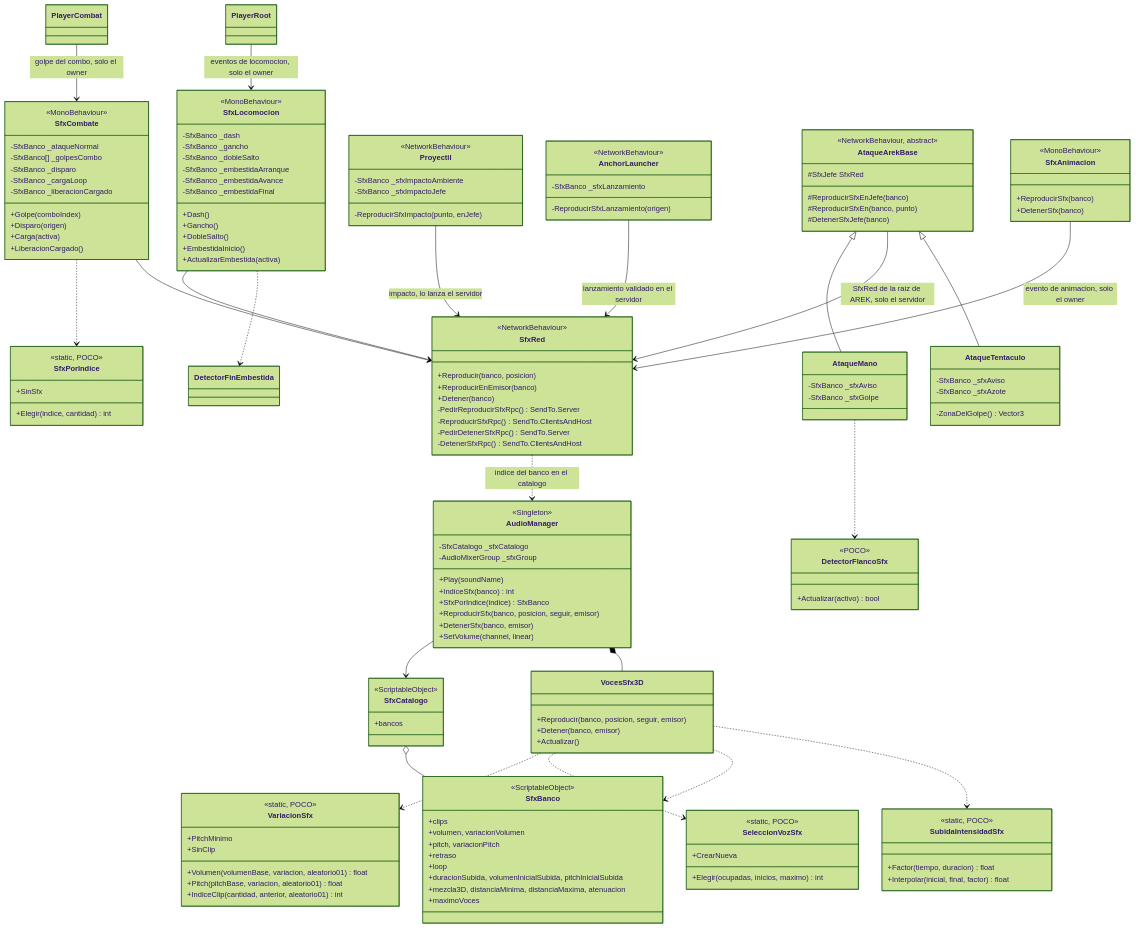
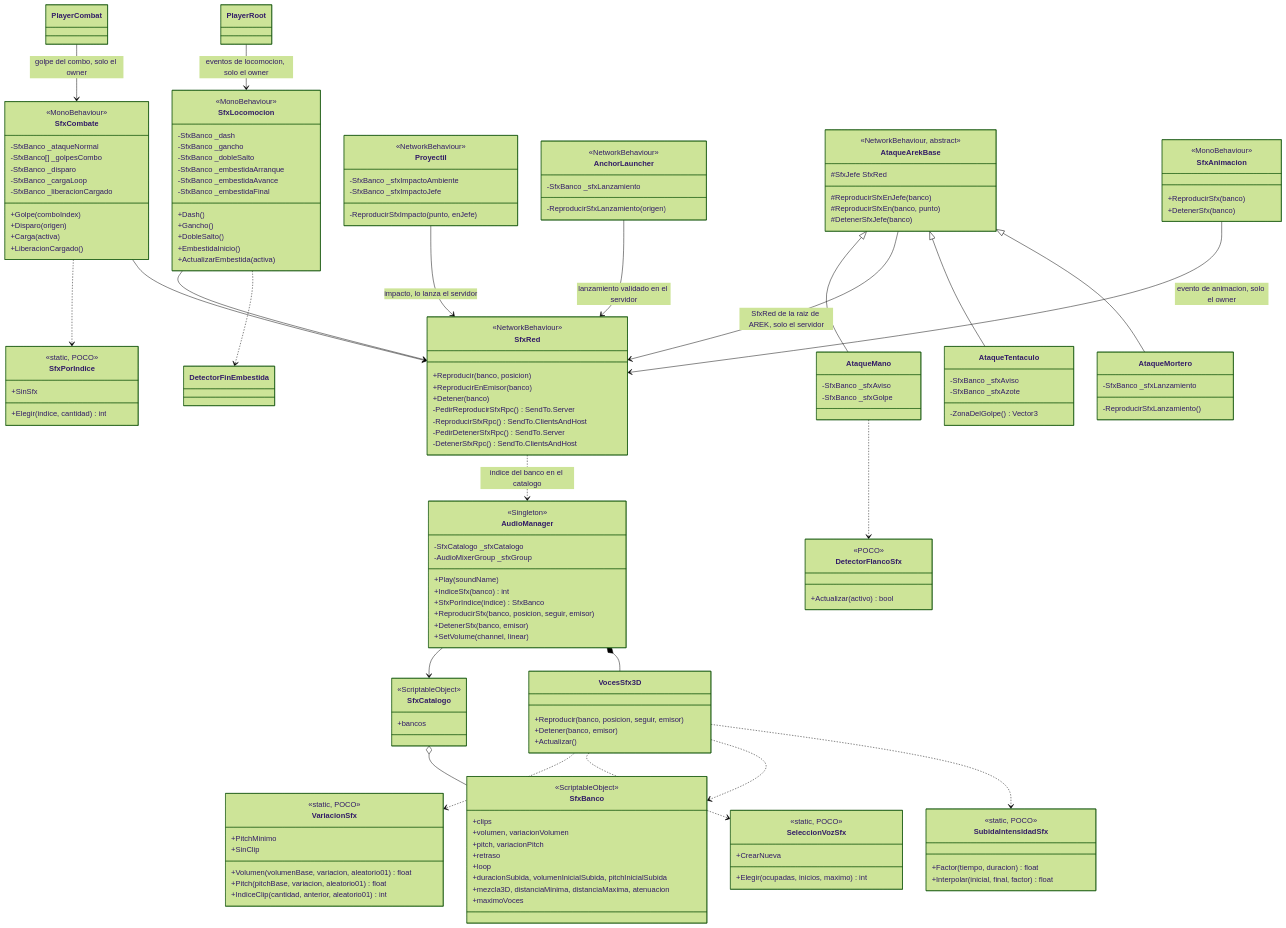
One commit to VicBojoDev10/DeathOfMeaningRepo changed the diagram in docs/diagrams/audio.mermaid. Above: the diagram before and after it, drawn with Mermaid (forest theme).

Commit message:
doc: add mortar launch sound to the audio diagram

```diff
--- a/docs/diagrams/audio.mermaid
+++ b/docs/diagrams/audio.mermaid
@@ -1,166 +1,172 @@
 classDiagram
     class VariacionSfx {
         <<static, POCO>>
         +PitchMinimo
         +SinClip
         +Volumen(volumenBase, variacion, aleatorio01) float
         +Pitch(pitchBase, variacion, aleatorio01) float
         +IndiceClip(cantidad, anterior, aleatorio01) int
     }
 
     class SeleccionVozSfx {
         <<static, POCO>>
         +CrearNueva
         +Elegir(ocupadas, inicios, maximo) int
     }
 
     class SfxPorIndice {
         <<static, POCO>>
         +SinSfx
         +Elegir(indice, cantidad) int
     }
 
     class SfxCombate {
         <<MonoBehaviour>>
         -SfxBanco _ataqueNormal
         -SfxBanco[] _golpesCombo
         -SfxBanco _disparo
         -SfxBanco _cargaLoop
         -SfxBanco _liberacionCargado
         +Golpe(comboIndex)
         +Disparo(origen)
         +Carga(activa)
         +LiberacionCargado()
     }
 
     class SfxLocomocion {
         <<MonoBehaviour>>
         -SfxBanco _dash
         -SfxBanco _gancho
         -SfxBanco _dobleSalto
         -SfxBanco _embestidaArranque
         -SfxBanco _embestidaAvance
         -SfxBanco _embestidaFinal
         +Dash()
         +Gancho()
         +DobleSalto()
         +EmbestidaInicio()
         +ActualizarEmbestida(activa)
     }
 
     class Proyectil {
         <<NetworkBehaviour>>
         -SfxBanco _sfxImpactoAmbiente
         -SfxBanco _sfxImpactoJefe
         -ReproducirSfxImpacto(punto, enJefe)
     }
 
     class AnchorLauncher {
         <<NetworkBehaviour>>
         -SfxBanco _sfxLanzamiento
         -ReproducirSfxLanzamiento(origen)
     }
 
     class DetectorFlancoSfx {
         <<POCO>>
         +Actualizar(activo) bool
     }
 
     class AtaqueArekBase {
         <<NetworkBehaviour, abstract>>
         #SfxJefe SfxRed
         #ReproducirSfxEnJefe(banco)
         #ReproducirSfxEn(banco, punto)
         #DetenerSfxJefe(banco)
     }
 
     class AtaqueMano {
         -SfxBanco _sfxAviso
         -SfxBanco _sfxGolpe
     }
 
     class AtaqueTentaculo {
         -SfxBanco _sfxAviso
         -SfxBanco _sfxAzote
         -ZonaDelGolpe() Vector3
     }
 
+    class AtaqueMortero {
+        -SfxBanco _sfxLanzamiento
+        -ReproducirSfxLanzamiento()
+    }
+
     class SubidaIntensidadSfx {
         <<static, POCO>>
         +Factor(tiempo, duracion) float
         +Interpolar(inicial, final, factor) float
     }
 
     class SfxBanco {
         <<ScriptableObject>>
         +clips
         +volumen, variacionVolumen
         +pitch, variacionPitch
         +retraso
         +loop
         +duracionSubida, volumenInicialSubida, pitchInicialSubida
         +mezcla3D, distanciaMinima, distanciaMaxima, atenuacion
         +maximoVoces
     }
 
     class SfxCatalogo {
         <<ScriptableObject>>
         +bancos
     }
 
     class AudioManager {
         <<Singleton>>
         -SfxCatalogo _sfxCatalogo
         -AudioMixerGroup _sfxGroup
         +Play(soundName)
         +IndiceSfx(banco) int
         +SfxPorIndice(indice) SfxBanco
         +ReproducirSfx(banco, posicion, seguir, emisor)
         +DetenerSfx(banco, emisor)
         +SetVolume(channel, linear)
     }
 
     class VocesSfx3D {
         +Reproducir(banco, posicion, seguir, emisor)
         +Detener(banco, emisor)
         +Actualizar()
     }
 
     class SfxRed {
         <<NetworkBehaviour>>
         +Reproducir(banco, posicion)
         +ReproducirEnEmisor(banco)
         +Detener(banco)
         -PedirReproducirSfxRpc() SendTo.Server
         -ReproducirSfxRpc() SendTo.ClientsAndHost
         -PedirDetenerSfxRpc() SendTo.Server
         -DetenerSfxRpc() SendTo.ClientsAndHost
     }
 
     class SfxAnimacion {
         <<MonoBehaviour>>
         +ReproducirSfx(banco)
         +DetenerSfx(banco)
     }
 
     SfxCatalogo o-- SfxBanco
     AudioManager --> SfxCatalogo
     AudioManager *-- VocesSfx3D
     VocesSfx3D ..> VariacionSfx
     VocesSfx3D ..> SeleccionVozSfx
     VocesSfx3D ..> SfxBanco
     SfxRed ..> AudioManager : indice del banco en el catalogo
     SfxAnimacion --> SfxRed : evento de animacion, solo el owner
     PlayerCombat --> SfxCombate : golpe del combo, solo el owner
     SfxCombate ..> SfxPorIndice
     SfxCombate --> SfxRed
     VocesSfx3D ..> SubidaIntensidadSfx
     PlayerRoot --> SfxLocomocion : eventos de locomocion, solo el owner
     SfxLocomocion --> SfxRed
     Proyectil --> SfxRed : impacto, lo lanza el servidor
     SfxLocomocion ..> DetectorFinEmbestida
     AnchorLauncher --> SfxRed : lanzamiento validado en el servidor
     AtaqueArekBase <|-- AtaqueMano
     AtaqueArekBase --> SfxRed : SfxRed de la raiz de AREK, solo el servidor
     AtaqueMano ..> DetectorFlancoSfx
     AtaqueArekBase <|-- AtaqueTentaculo
+    AtaqueArekBase <|-- AtaqueMortero
```
